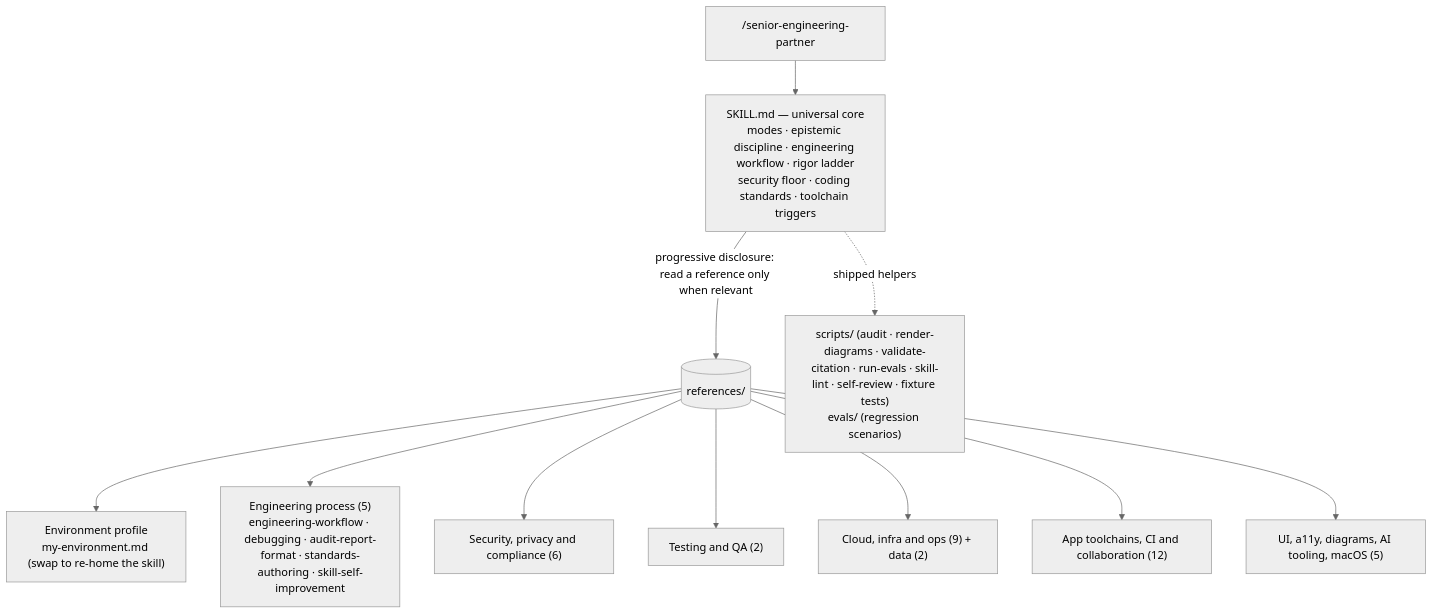
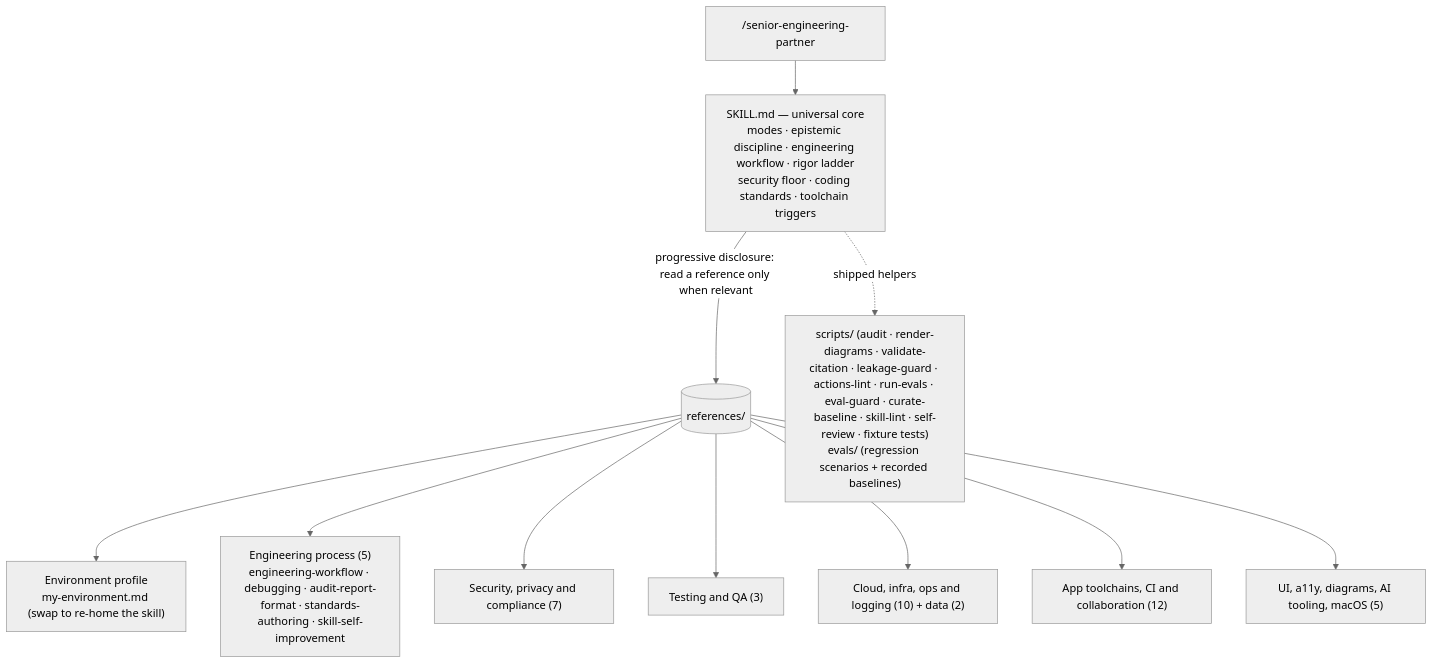
Before and after one commit to bjgreenberg/senior-engineering-partner: the first of 3 diagrams in README.md, drawn with Mermaid (neutral theme). The commit also changed other lines of this file and 2 other files, not shown here.

Commit message:
docs: repo gate + reference documentation completeness (audit MED-4..9) (#134)

````diff
--- a/README.md
+++ b/README.md
@@ -107,14 +108,14 @@
 ```mermaid
 flowchart TD
     U["/senior-engineering-partner"] --> C
     C["SKILL.md — universal core<br/>modes · epistemic discipline · engineering workflow · rigor ladder<br/>security floor · coding standards · toolchain triggers"]
     C -->|"progressive disclosure: read a reference only when relevant"| R[(references/)]
-    C -.->|"shipped helpers"| K["scripts/ (audit · render-diagrams · validate-citation · run-evals · skill-lint · self-review · fixture tests)<br/>evals/ (regression scenarios)"]
+    C -.->|"shipped helpers"| K["scripts/ (audit · render-diagrams · validate-citation · leakage-guard · actions-lint · run-evals · eval-guard · curate-baseline · skill-lint · self-review · fixture tests)<br/>evals/ (regression scenarios + recorded baselines)"]
     R --> P["Environment profile<br/>my-environment.md (swap to re-home the skill)"]
     R --> W["Engineering process (5)<br/>engineering-workflow · debugging · audit-report-format · standards-authoring · skill-self-improvement"]
-    R --> S["Security, privacy and compliance (6)"]
-    R --> T["Testing and QA (2)"]
-    R --> I["Cloud, infra and ops (9) + data (2)"]
+    R --> S["Security, privacy and compliance (7)"]
+    R --> T["Testing and QA (3)"]
+    R --> I["Cloud, infra, ops and logging (10) + data (2)"]
     R --> A["App toolchains, CI and collaboration (12)"]
     R --> X["UI, a11y, diagrams, AI tooling, macOS (5)"]
 ```
````
